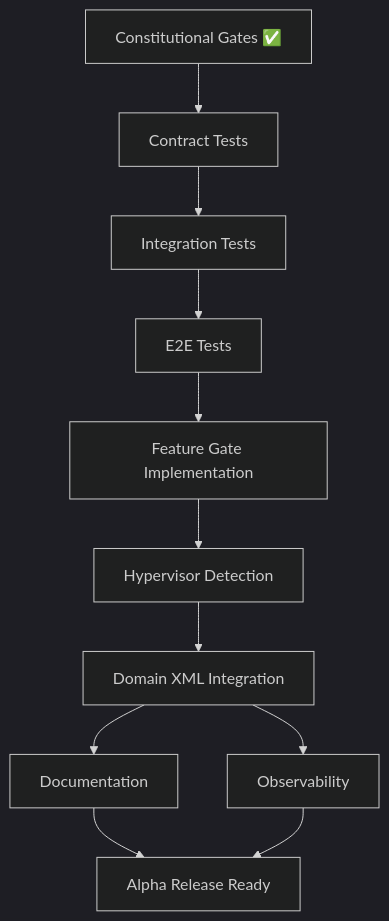
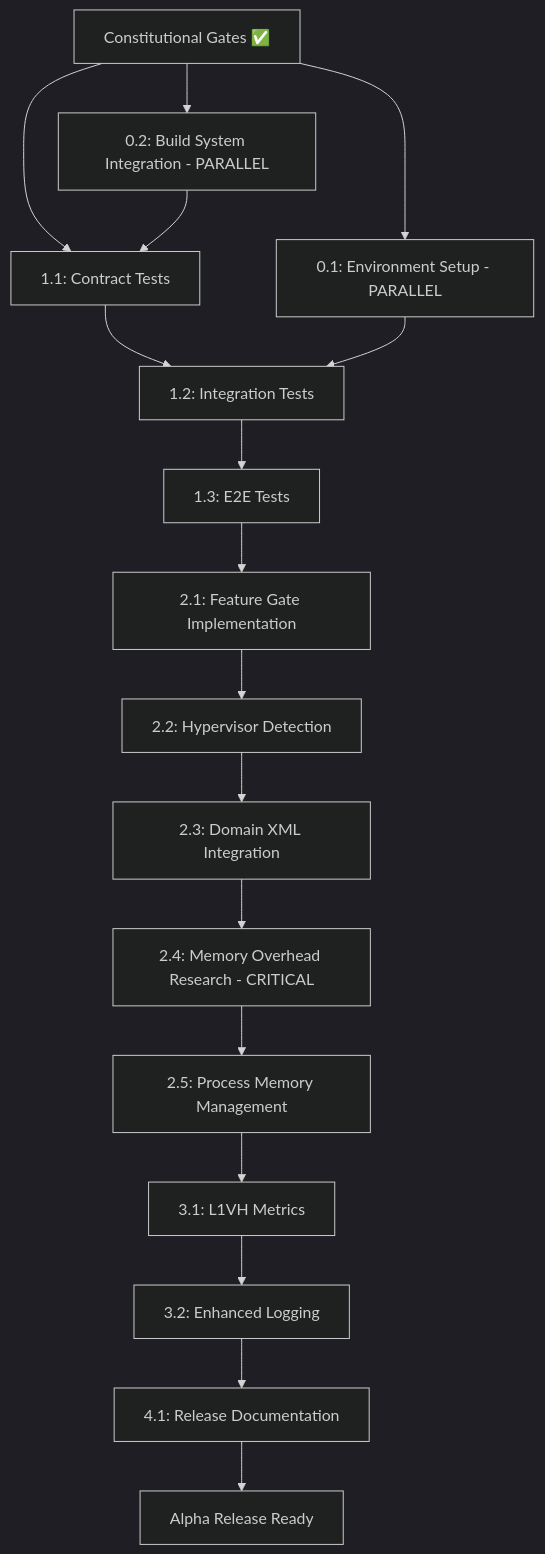
The diagram in specs/001-hyperv-l1vh/tasks.md (kaizentm/kubevirt), drawn with Mermaid (dark theme) before and after one commit. The commit also changed other lines of this file and 3 other files, not shown here.

````diff
--- a/specs/001-hyperv-l1vh/tasks.md
+++ b/specs/001-hyperv-l1vh/tasks.md
@@ -270,13 +454,20 @@
 ```mermaid
 graph TD
-    A[Constitutional Gates ✅] --> B[Contract Tests]
-    B --> C[Integration Tests]
-    C --> D[E2E Tests]
-    D --> E[Feature Gate Implementation]
-    E --> F[Hypervisor Detection]
-    F --> G[Domain XML Integration]
-    G --> H[Documentation]
-    G --> I[Observability]
-    H --> J[Alpha Release Ready]
-    I --> J
+    A[Constitutional Gates ✅] --> B[1.1: Contract Tests]
+    A --> C[0.1: Environment Setup - PARALLEL]
+    A --> D[0.2: Build System Integration - PARALLEL]
+    B --> E[1.2: Integration Tests]
+    E --> F[1.3: E2E Tests]
+    F --> G[2.1: Feature Gate Implementation]
+    G --> H[2.2: Hypervisor Detection]
+    H --> I[2.3: Domain XML Integration]
+    I --> I2[2.4: Memory Overhead Research - CRITICAL]
+    I2 --> I3[2.5: Process Memory Management]
+    I3 --> J[3.1: L1VH Metrics]
+    J --> K[3.2: Enhanced Logging]
+    K --> L[4.1: Release Documentation]
+    L --> M[Alpha Release Ready]
+    
+    C --> E
+    D --> B
 ```
````
